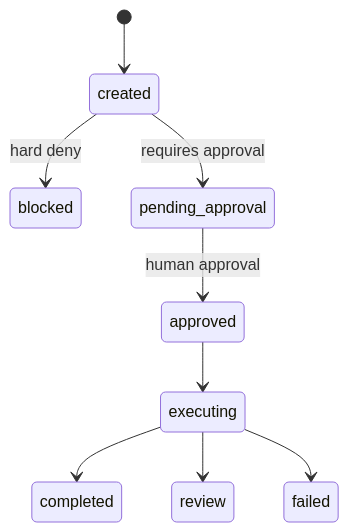
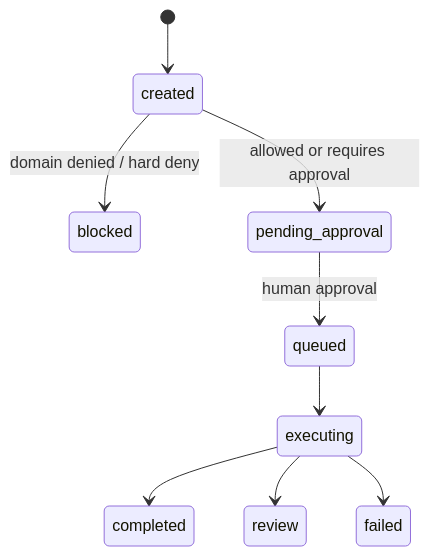
Before and after one commit to leo459028/BrowserAgent: the diagram in DOCS/SECURITY_AND_POLICY.md, drawn with Mermaid. The commit also changed other lines of this file and 28 other files, not shown here.

Commit message:
Refactor browser agent workflow and UI flow

````diff
--- a/DOCS/SECURITY_AND_POLICY.md
+++ b/DOCS/SECURITY_AND_POLICY.md
@@ -46,11 +32,11 @@
 ```mermaid
 stateDiagram-v2
     [*] --> created
-    created --> blocked: hard deny
-    created --> pending_approval: requires approval
-    pending_approval --> approved: human approval
-    approved --> executing
+    created --> blocked: domain denied / hard deny
+    created --> pending_approval: allowed or requires approval
+    pending_approval --> queued: human approval
+    queued --> executing
     executing --> completed
     executing --> review
     executing --> failed
 ```
````
